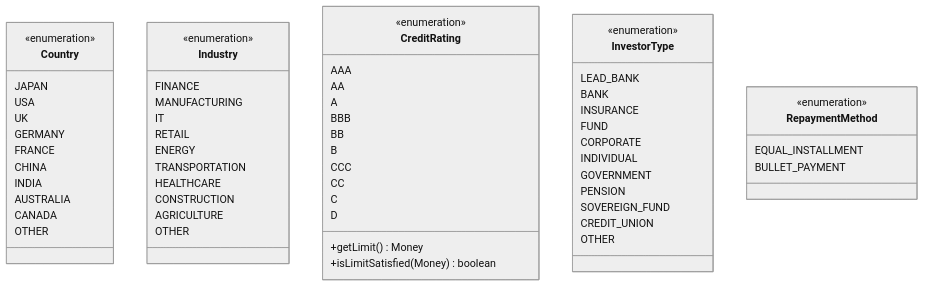
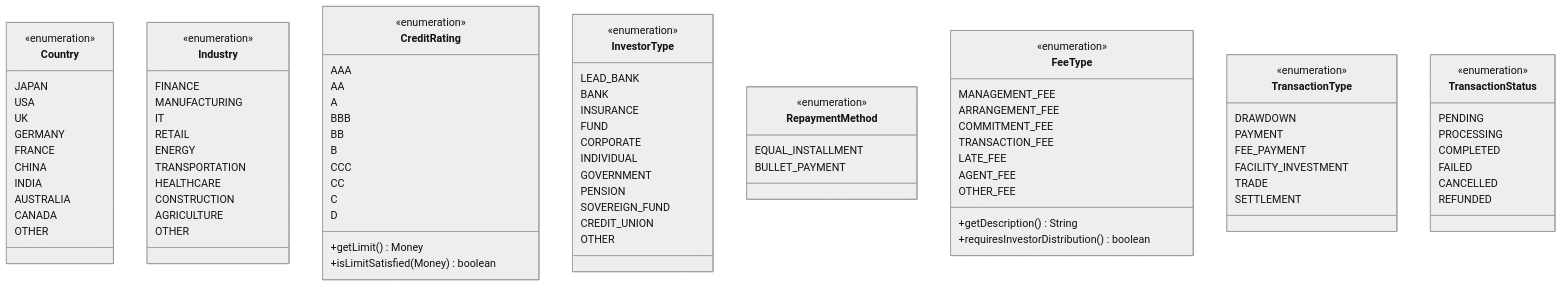
The third of 9 diagrams in data-model.md (tis-abe-akira/ddd-ai), drawn with Mermaid (neutral theme) before and after one commit. The commit also changed other lines of this file and 2 other files, not shown here.

````diff
--- a/data-model.md
+++ b/data-model.md
@@ -256,4 +282,37 @@
         EQUAL_INSTALLMENT
         BULLET_PAYMENT
     }
+
+    class FeeType {
+        <<enumeration>>
+        MANAGEMENT_FEE
+        ARRANGEMENT_FEE
+        COMMITMENT_FEE
+        TRANSACTION_FEE
+        LATE_FEE
+        AGENT_FEE
+        OTHER_FEE
+        +getDescription() String
+        +requiresInvestorDistribution() boolean
+    }
+
+    class TransactionType {
+        <<enumeration>>
+        DRAWDOWN
+        PAYMENT
+        FEE_PAYMENT
+        FACILITY_INVESTMENT
+        TRADE
+        SETTLEMENT
+    }
+
+    class TransactionStatus {
+        <<enumeration>>
+        PENDING
+        PROCESSING
+        COMPLETED
+        FAILED
+        CANCELLED
+        REFUNDED
+    }
 ```
````
